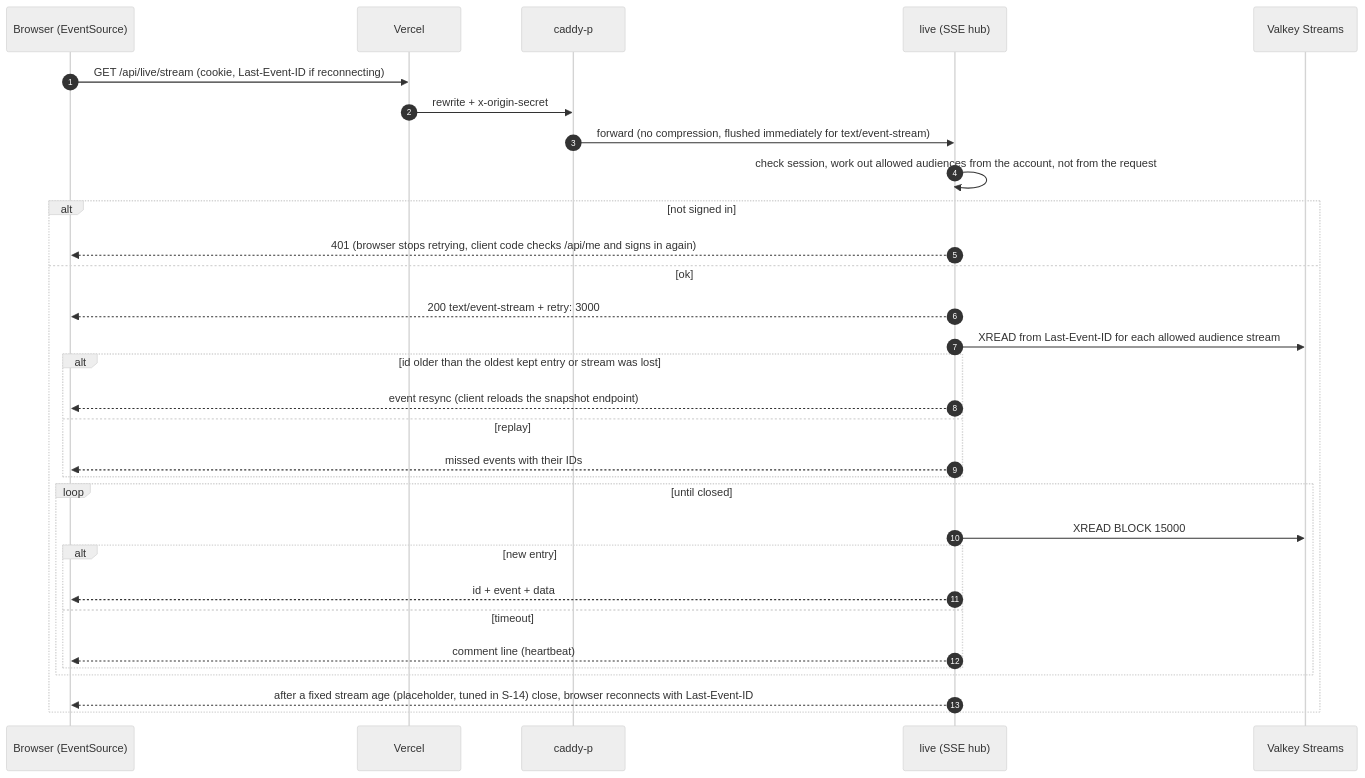
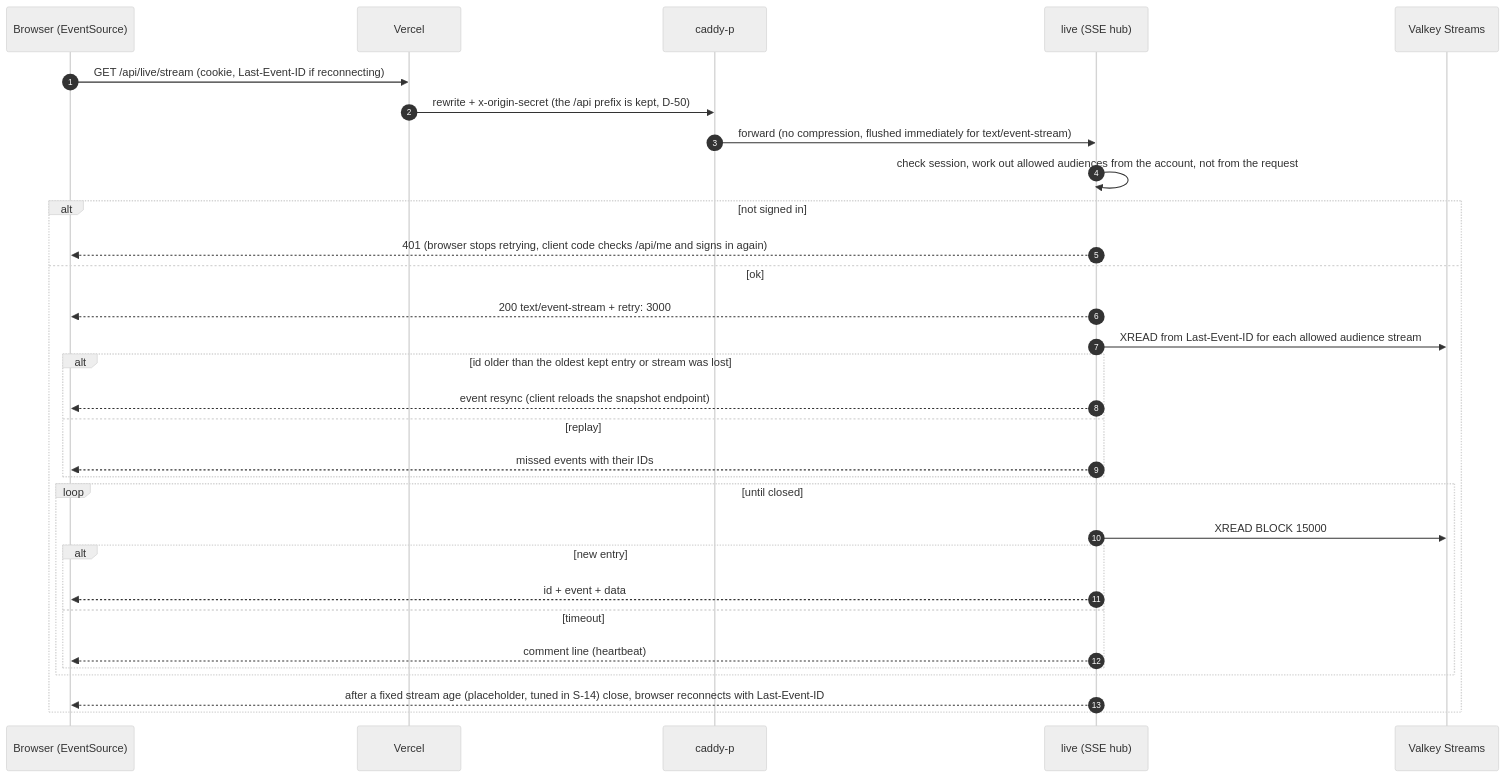
The fourth of 4 diagrams in docs/architecture/03-origins-and-access.md (tannmayygupta/owasp-mart), drawn with Mermaid (neutral theme) before and after one commit. The commit also changed other lines of this file and 29 other files, not shown here.

Commit message:
feat: Caddy origin-secret gate, Vercel probe project with a header transform, S-14 check script and runbook (story 2.3, L-11 preparation; live steps are the developer's)

````diff
--- a/docs/architecture/03-origins-and-access.md
+++ b/docs/architecture/03-origins-and-access.md
@@ -229,33 +231,33 @@
 ```mermaid
 sequenceDiagram
     autonumber
     participant B as Browser (EventSource)
     participant V as Vercel
     participant P as caddy-p
     participant L as live (SSE hub)
     participant K as Valkey Streams
     B->>V: GET /api/live/stream (cookie, Last-Event-ID if reconnecting)
-    V->>P: rewrite + x-origin-secret
+    V->>P: rewrite + x-origin-secret (the /api prefix is kept, D-50)
     P->>L: forward (no compression, flushed immediately for text/event-stream)
     L->>L: check session, work out allowed audiences from the account, not from the request
     alt not signed in
         L-->>B: 401 (browser stops retrying, client code checks /api/me and signs in again)
     else ok
         L-->>B: 200 text/event-stream + retry: 3000
         L->>K: XREAD from Last-Event-ID for each allowed audience stream
         alt id older than the oldest kept entry or stream was lost
             L-->>B: event resync (client reloads the snapshot endpoint)
         else replay
             L-->>B: missed events with their IDs
         end
         loop until closed
             L->>K: XREAD BLOCK 15000
             alt new entry
                 L-->>B: id + event + data
             else timeout
                 L-->>B: comment line (heartbeat)
             end
         end
         L-->>B: after a fixed stream age (placeholder, tuned in S-14) close, browser reconnects with Last-Event-ID
     end
 ```
````
